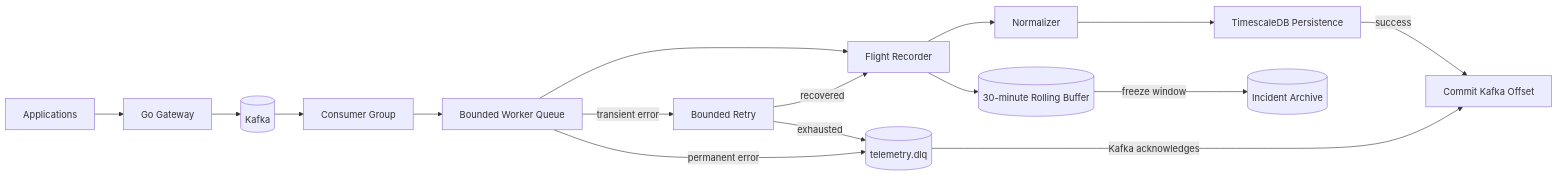
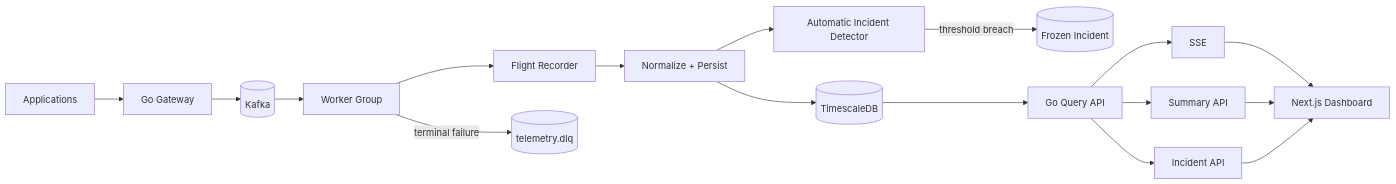
The diagram in README.md (fuhrdan/TelemetryForge), drawn with Mermaid before and after one commit. The commit also changed other lines of this file and 37 other files, not shown here.

Commit message:
feat: add real-time dashboard and automatic incident capture

````diff
--- a/README.md
+++ b/README.md
@@ -34,20 +38,22 @@
 ```mermaid
 flowchart LR
     A[Applications] --> G[Go Gateway]
     G --> K[(Kafka)]
-    K --> C[Consumer Group]
-    C --> Q[Bounded Worker Queue]
-    Q --> F[Flight Recorder]
-    F --> N[Normalizer]
-    N --> P[TimescaleDB Persistence]
-    P -->|success| O[Commit Kafka Offset]
+    K --> W[Worker Group]
+    W --> F[Flight Recorder]
+    F --> P[Normalize + Persist]
+    P --> T[(TimescaleDB)]
+    P --> D[Automatic Incident Detector]
+    D -->|threshold breach| I[(Frozen Incident)]
 
-    F --> B[(30-minute Rolling Buffer)]
-    B -->|freeze window| I[(Incident Archive)]
+    T --> Q[Go Query API]
+    Q --> S[SSE]
+    Q --> M[Summary API]
+    Q --> X[Incident API]
 
-    Q -->|transient error| R[Bounded Retry]
-    R -->|recovered| F
-    R -->|exhausted| D[(telemetry.dlq)]
-    Q -->|permanent error| D
-    D -->|Kafka acknowledges| O
+    S --> UI[Next.js Dashboard]
+    M --> UI
+    X --> UI
+
+    W -->|terminal failure| DLQ[(telemetry.dlq)]
 ```
````
